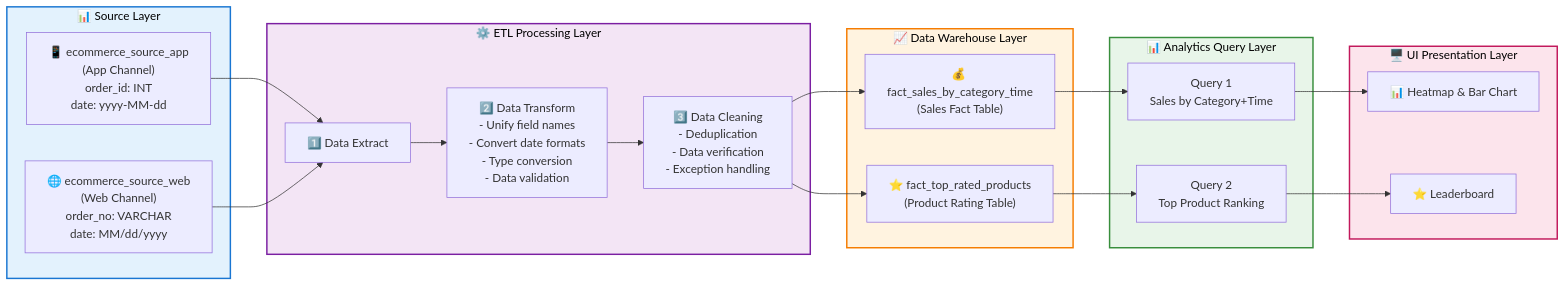
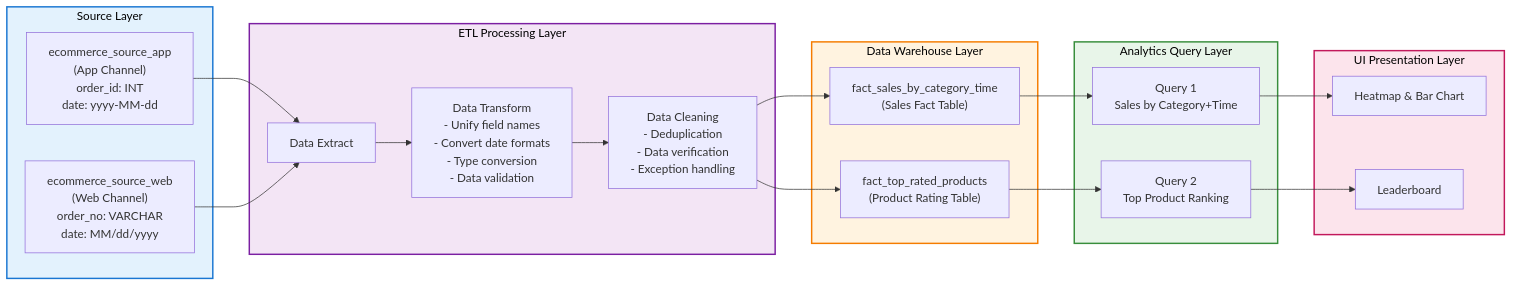
The diagram in REQUIREMENTS_EN.md (jianglei919/ecommerce_data_warehouse), drawn with Mermaid before and after one commit. The commit also changed other lines of this file and 3 other files, not shown here.

````diff
--- a/REQUIREMENTS_EN.md
+++ b/REQUIREMENTS_EN.md
@@ -157,47 +157,47 @@
 ```mermaid
 graph LR
-    subgraph source["📊 Source Layer"]
-        app["📱 ecommerce_source_app<br/>(App Channel)<br/>order_id: INT<br/>date: yyyy-MM-dd"]
-        web["🌐 ecommerce_source_web<br/>(Web Channel)<br/>order_no: VARCHAR<br/>date: MM/dd/yyyy"]
+    subgraph source["Source Layer"]
+        app["ecommerce_source_app<br/>(App Channel)<br/>order_id: INT<br/>date: yyyy-MM-dd"]
+        web["ecommerce_source_web<br/>(Web Channel)<br/>order_no: VARCHAR<br/>date: MM/dd/yyyy"]
     end
 
-    subgraph etl["⚙️ ETL Processing Layer"]
-        extract["1️⃣ Data Extract"]
-        transform["2️⃣ Data Transform<br/>- Unify field names<br/>- Convert date formats<br/>- Type conversion<br/>- Data validation"]
-        clean["3️⃣ Data Cleaning<br/>- Deduplication<br/>- Data verification<br/>- Exception handling"]
+    subgraph etl["ETL Processing Layer"]
+        extract["Data Extract"]
+        transform["Data Transform<br/>- Unify field names<br/>- Convert date formats<br/>- Type conversion<br/>- Data validation"]
+        clean["Data Cleaning<br/>- Deduplication<br/>- Data verification<br/>- Exception handling"]
     end
 
-    subgraph warehouse["📈 Data Warehouse Layer"]
-        sales["💰 fact_sales_by_category_time<br/>(Sales Fact Table)"]
-        top["⭐ fact_top_rated_products<br/>(Product Rating Table)"]
+    subgraph warehouse["Data Warehouse Layer"]
+        sales["fact_sales_by_category_time<br/>(Sales Fact Table)"]
+        top["fact_top_rated_products<br/>(Product Rating Table)"]
     end
 
-    subgraph analytics["📊 Analytics Query Layer"]
+    subgraph analytics["Analytics Query Layer"]
         query1["Query 1<br/>Sales by Category+Time"]
         query2["Query 2<br/>Top Product Ranking"]
     end
 
-    subgraph ui["🖥️ UI Presentation Layer"]
-        chart1["📊 Heatmap & Bar Chart"]
-        chart2["⭐ Leaderboard"]
+    subgraph ui["UI Presentation Layer"]
+        chart1["Heatmap & Bar Chart"]
+        chart2["Leaderboard"]
     end
 
     app --> extract
     web --> extract
     extract --> transform
     transform --> clean
     clean --> sales
     clean --> top
 
     sales --> query1
     top --> query2
 
     query1 --> chart1
     query2 --> chart2
 
     style source fill:#e3f2fd,stroke:#1976d2,stroke-width:2px,color:#000
     style etl fill:#f3e5f5,stroke:#7b1fa2,stroke-width:2px,color:#000
     style warehouse fill:#fff3e0,stroke:#f57c00,stroke-width:2px,color:#000
     style analytics fill:#e8f5e9,stroke:#388e3c,stroke-width:2px,color:#000
     style ui fill:#fce4ec,stroke:#c2185b,stroke-width:2px,color:#000
 ```
````
